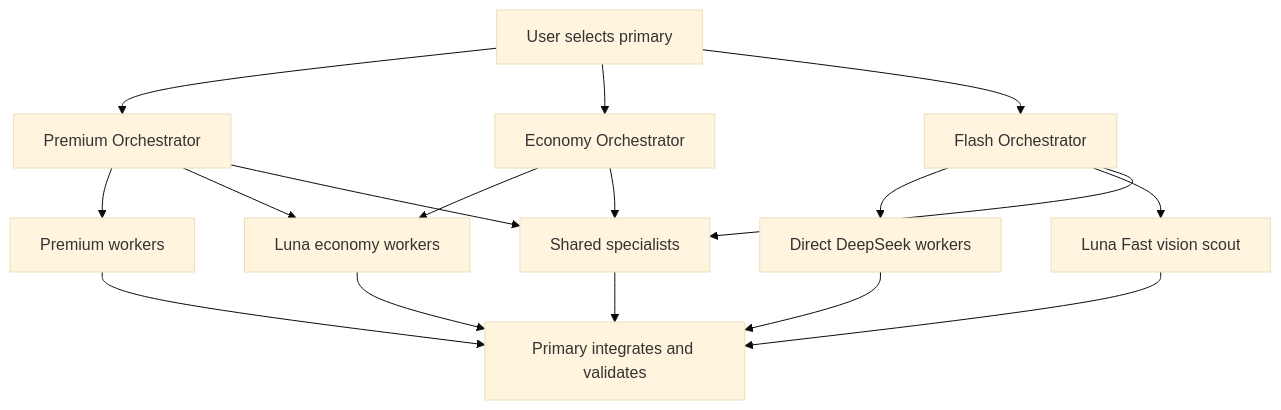
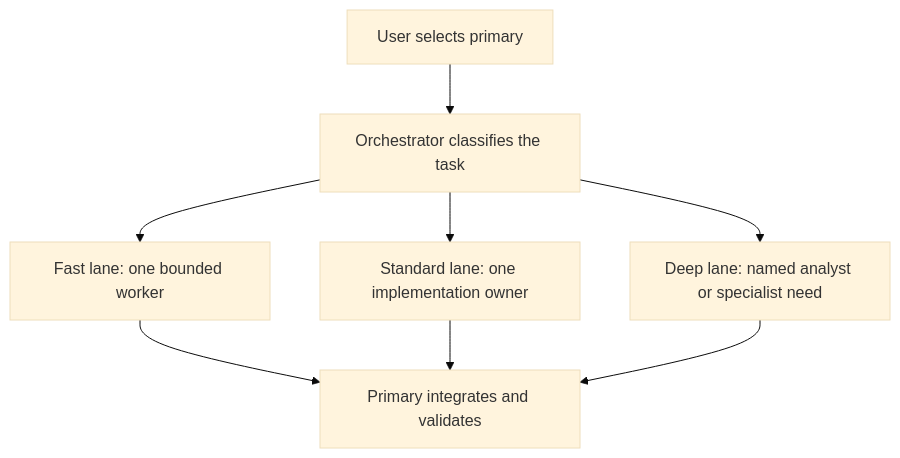
One commit to madsoftwaredev/opencode-config changed the first of 3 diagrams in README.md. Above: the diagram before and after it, drawn with Mermaid (base theme). The commit also changed other lines of this file and 36 other files, not shown here.

````diff
--- a/README.md
+++ b/README.md
@@ -174,19 +188,10 @@
 ```mermaid
 flowchart TD
-    A[User selects primary] --> T[Premium Orchestrator]
-    A --> E[Economy Orchestrator]
-    A --> F[Flash Orchestrator]
-    T --> P[Premium workers]
-    T --> C[Luna economy workers]
-    E --> C
-    F --> D[Direct DeepSeek workers]
-    F --> N[Luna Fast vision scout]
-    T --> S[Shared specialists]
-    E --> S
-    F --> S
-    P --> V[Primary integrates and validates]
-    C --> V
+    A[User selects primary] --> O[Orchestrator classifies the task]
+    O --> F[Fast lane: one bounded worker]
+    O --> S[Standard lane: one implementation owner]
+    O --> D[Deep lane: named analyst or specialist need]
+    F --> V[Primary integrates and validates]
+    S --> V
     D --> V
-    N --> V
-    S --> V
 ```
````
